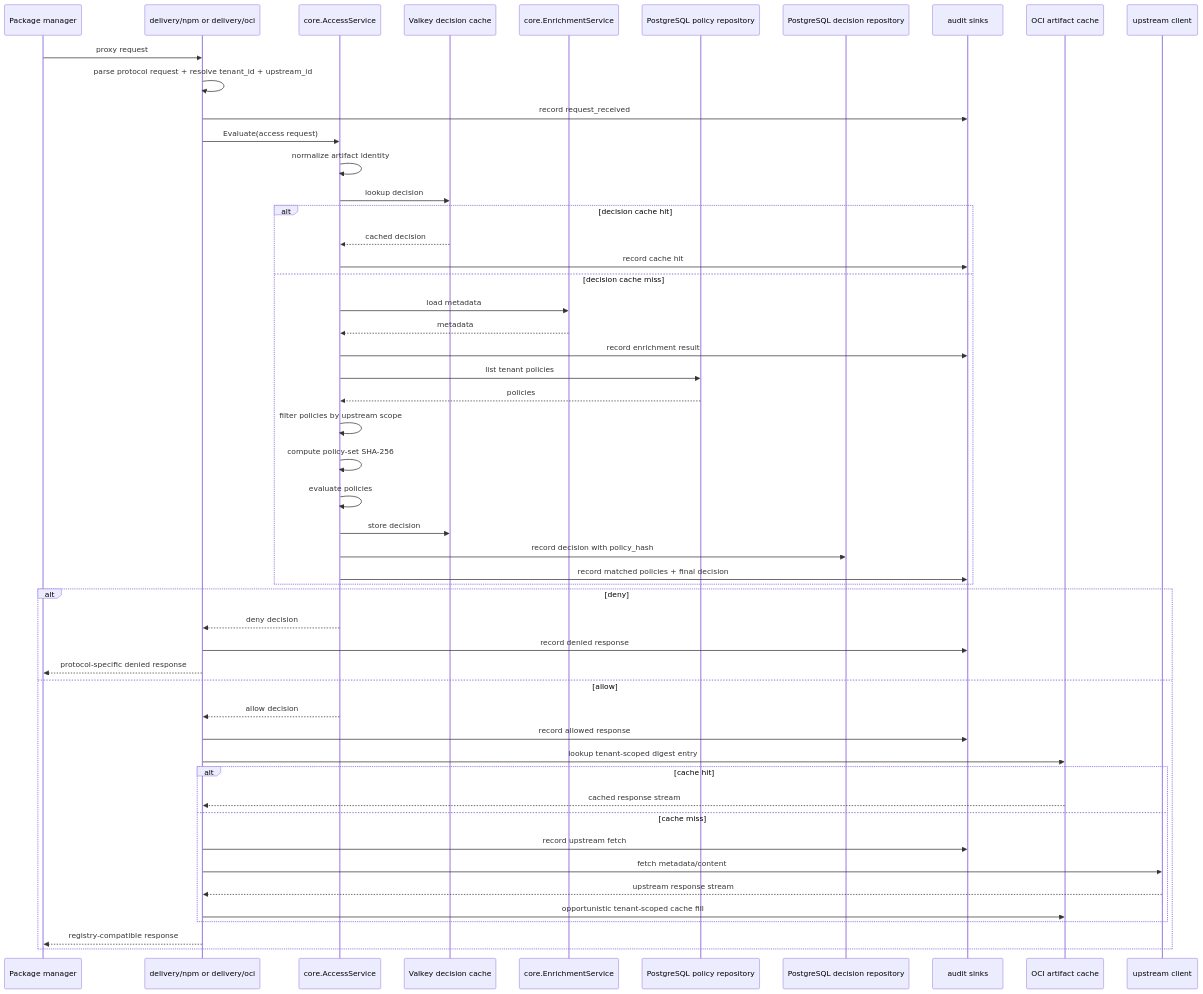
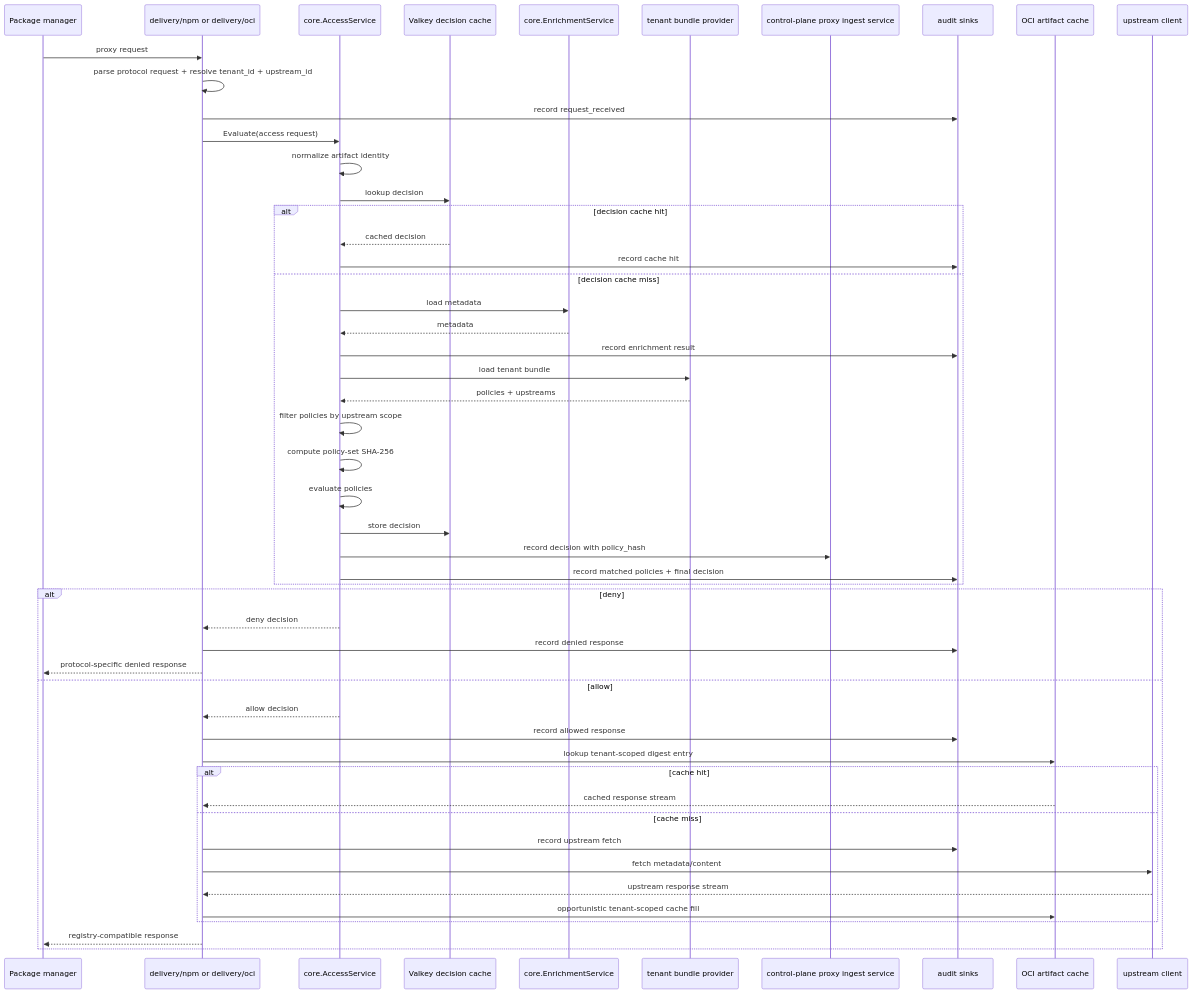
Before and after one commit to terrpan/dependency-firewall: the third of 4 diagrams in docs/architecture.md, drawn with Mermaid. The commit also changed other lines of this file and 45 other files, not shown here.

````diff
--- a/docs/architecture.md
+++ b/docs/architecture.md
@@ -189,56 +206,56 @@
 ```mermaid
 sequenceDiagram
     participant client as Package manager
     participant delivery as delivery/npm or delivery/oci
     participant access as core.AccessService
     participant dcache as Valkey decision cache
     participant enrich as core.EnrichmentService
-    participant policyrepo as PostgreSQL policy repository
-    participant decisionrepo as PostgreSQL decision repository
+    participant bundle as tenant bundle provider
+    participant ingest as control-plane proxy ingest service
     participant audit as audit sinks
     participant ocicache as OCI artifact cache
     participant upstream as upstream client
 
     client->>delivery: proxy request
     delivery->>delivery: parse protocol request + resolve tenant_id + upstream_id
     delivery->>audit: record request_received
     delivery->>access: Evaluate(access request)
     access->>access: normalize artifact identity
     access->>dcache: lookup decision
 
     alt decision cache hit
         dcache-->>access: cached decision
         access->>audit: record cache hit
     else decision cache miss
         access->>enrich: load metadata
         enrich-->>access: metadata
         access->>audit: record enrichment result
-        access->>policyrepo: list tenant policies
-        policyrepo-->>access: policies
+        access->>bundle: load tenant bundle
+        bundle-->>access: policies + upstreams
         access->>access: filter policies by upstream scope
         access->>access: compute policy-set SHA-256
         access->>access: evaluate policies
         access->>dcache: store decision
-        access->>decisionrepo: record decision with policy_hash
+        access->>ingest: record decision with policy_hash
         access->>audit: record matched policies + final decision
     end
 
     alt deny
         access-->>delivery: deny decision
         delivery->>audit: record denied response
         delivery-->>client: protocol-specific denied response
     else allow
         access-->>delivery: allow decision
         delivery->>audit: record allowed response
         delivery->>ocicache: lookup tenant-scoped digest entry
         alt cache hit
             ocicache-->>delivery: cached response stream
         else cache miss
             delivery->>audit: record upstream fetch
             delivery->>upstream: fetch metadata/content
             upstream-->>delivery: upstream response stream
             delivery->>ocicache: opportunistic tenant-scoped cache fill
         end
         delivery-->>client: registry-compatible response
     end
 ```
````
